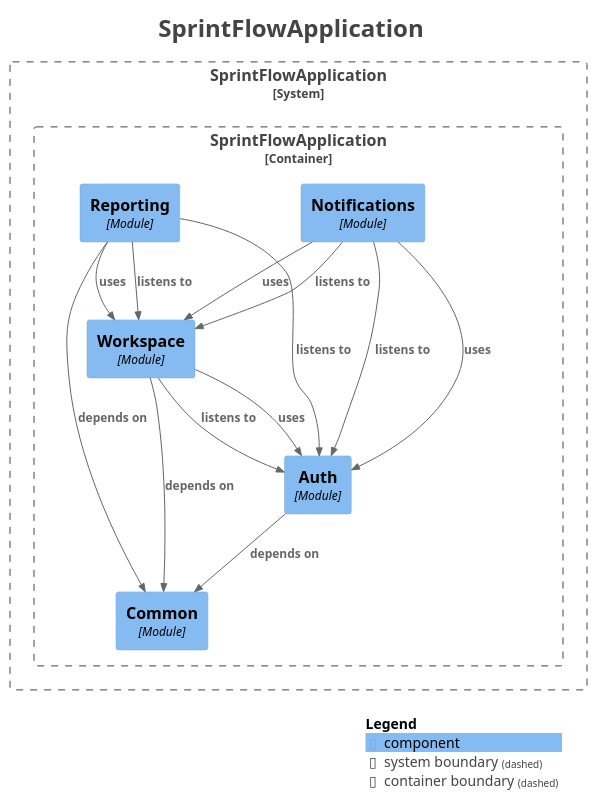
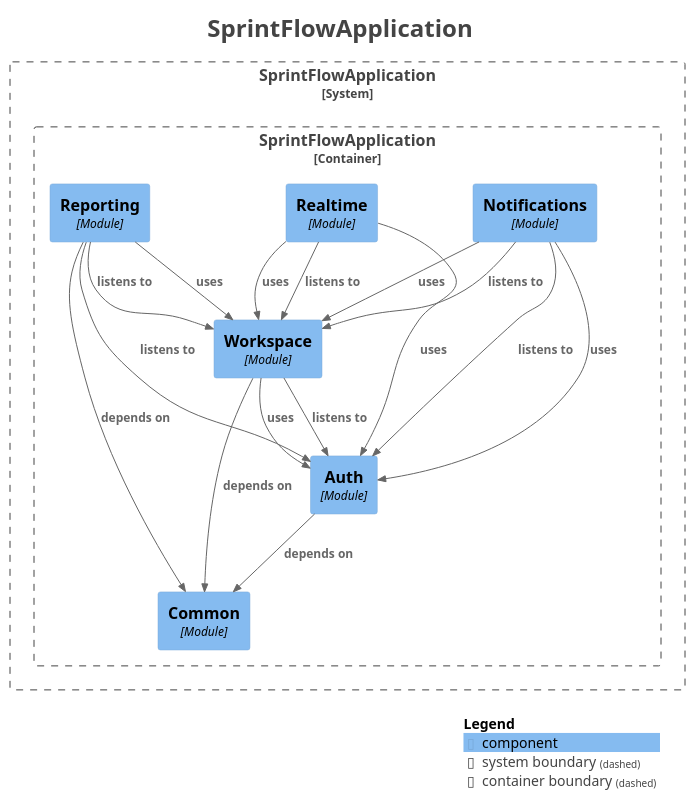
Before and after one commit to Mouaz7/sprintflow-insight: the diagram in docs/architecture/components.puml, drawn with PlantUML. The commit also changed 30 other files, not shown here.

First line of the commit message:
Add STOMP realtime updates with per-project sequence numbers

```diff
--- a/docs/architecture/components.puml
+++ b/docs/architecture/components.puml
@@ -1,44 +1,48 @@
 @startuml
 title <size:24>SprintFlowApplication</size>
 
 set separator none
 top to bottom direction
 
 <style>
   root {
     BackgroundColor: #ffffff
     FontColor: #444444
   }
 </style>
 
 !include <C4/C4>
 !include <C4/C4_Context>
 !include <C4/C4_Component>
 
 System_Boundary("SprintFlowApplication_boundary", "SprintFlowApplication", $tags="") {
   Container_Boundary("SprintFlowApplication.SprintFlowApplication_boundary", "SprintFlowApplication", $tags="") {
+    Component(SprintFlowApplication.SprintFlowApplication.Realtime, "Realtime", $techn="Module", $descr="", $tags="", $link="")
+    Component(SprintFlowApplication.SprintFlowApplication.Reporting, "Reporting", $techn="Module", $descr="", $tags="", $link="")
     Component(SprintFlowApplication.SprintFlowApplication.Common, "Common", $techn="Module", $descr="", $tags="", $link="")
     Component(SprintFlowApplication.SprintFlowApplication.Auth, "Auth", $techn="Module", $descr="", $tags="", $link="")
     Component(SprintFlowApplication.SprintFlowApplication.Workspace, "Workspace", $techn="Module", $descr="", $tags="", $link="")
     Component(SprintFlowApplication.SprintFlowApplication.Notifications, "Notifications", $techn="Module", $descr="", $tags="", $link="")
-    Component(SprintFlowApplication.SprintFlowApplication.Reporting, "Reporting", $techn="Module", $descr="", $tags="", $link="")
   }
 
 }
 
-Rel(SprintFlowApplication.SprintFlowApplication.Notifications, SprintFlowApplication.SprintFlowApplication.Auth, "uses", $techn="", $tags="", $link="")
-Rel(SprintFlowApplication.SprintFlowApplication.Notifications, SprintFlowApplication.SprintFlowApplication.Workspace, "uses", $techn="", $tags="", $link="")
 Rel(SprintFlowApplication.SprintFlowApplication.Workspace, SprintFlowApplication.SprintFlowApplication.Auth, "listens to", $techn="", $tags="", $link="")
 Rel(SprintFlowApplication.SprintFlowApplication.Workspace, SprintFlowApplication.SprintFlowApplication.Common, "depends on", $techn="", $tags="", $link="")
 Rel(SprintFlowApplication.SprintFlowApplication.Workspace, SprintFlowApplication.SprintFlowApplication.Auth, "uses", $techn="", $tags="", $link="")
 Rel(SprintFlowApplication.SprintFlowApplication.Auth, SprintFlowApplication.SprintFlowApplication.Common, "depends on", $techn="", $tags="", $link="")
+Rel(SprintFlowApplication.SprintFlowApplication.Realtime, SprintFlowApplication.SprintFlowApplication.Workspace, "listens to", $techn="", $tags="", $link="")
+Rel(SprintFlowApplication.SprintFlowApplication.Realtime, SprintFlowApplication.SprintFlowApplication.Workspace, "uses", $techn="", $tags="", $link="")
+Rel(SprintFlowApplication.SprintFlowApplication.Realtime, SprintFlowApplication.SprintFlowApplication.Auth, "uses", $techn="", $tags="", $link="")
+Rel(SprintFlowApplication.SprintFlowApplication.Reporting, SprintFlowApplication.SprintFlowApplication.Auth, "listens to", $techn="", $tags="", $link="")
 Rel(SprintFlowApplication.SprintFlowApplication.Reporting, SprintFlowApplication.SprintFlowApplication.Workspace, "listens to", $techn="", $tags="", $link="")
-Rel(SprintFlowApplication.SprintFlowApplication.Reporting, SprintFlowApplication.SprintFlowApplication.Auth, "listens to", $techn="", $tags="", $link="")
 Rel(SprintFlowApplication.SprintFlowApplication.Reporting, SprintFlowApplication.SprintFlowApplication.Common, "depends on", $techn="", $tags="", $link="")
 Rel(SprintFlowApplication.SprintFlowApplication.Reporting, SprintFlowApplication.SprintFlowApplication.Workspace, "uses", $techn="", $tags="", $link="")
 Rel(SprintFlowApplication.SprintFlowApplication.Notifications, SprintFlowApplication.SprintFlowApplication.Workspace, "listens to", $techn="", $tags="", $link="")
 Rel(SprintFlowApplication.SprintFlowApplication.Notifications, SprintFlowApplication.SprintFlowApplication.Auth, "listens to", $techn="", $tags="", $link="")
+Rel(SprintFlowApplication.SprintFlowApplication.Notifications, SprintFlowApplication.SprintFlowApplication.Auth, "uses", $techn="", $tags="", $link="")
+Rel(SprintFlowApplication.SprintFlowApplication.Notifications, SprintFlowApplication.SprintFlowApplication.Workspace, "uses", $techn="", $tags="", $link="")
 
 SHOW_LEGEND(true)
 hide stereotypes
 @enduml
```
